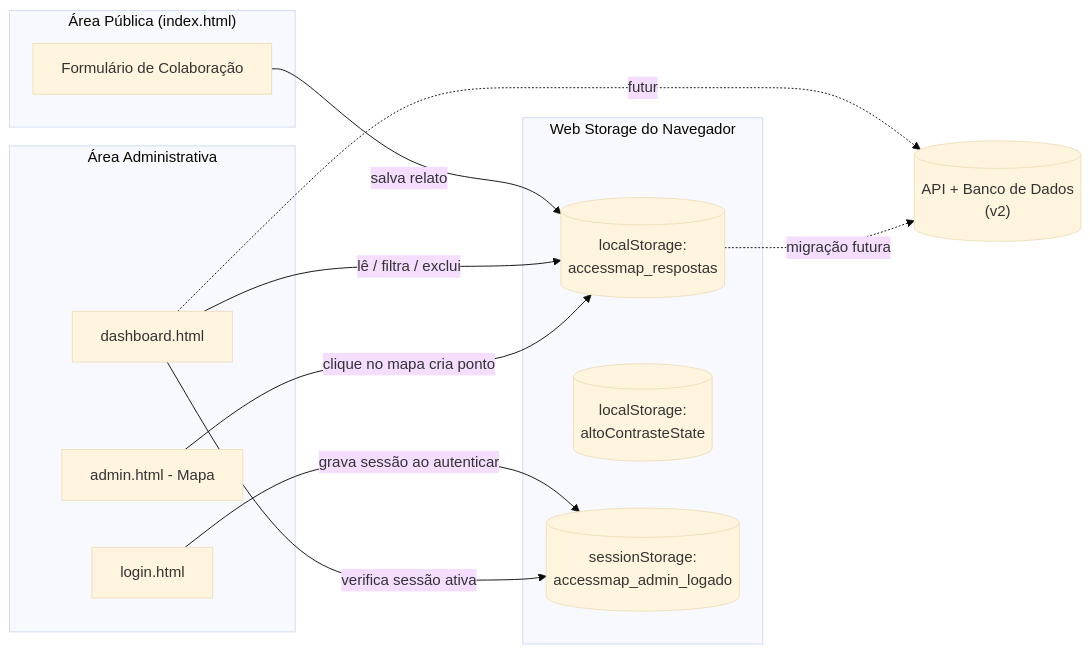
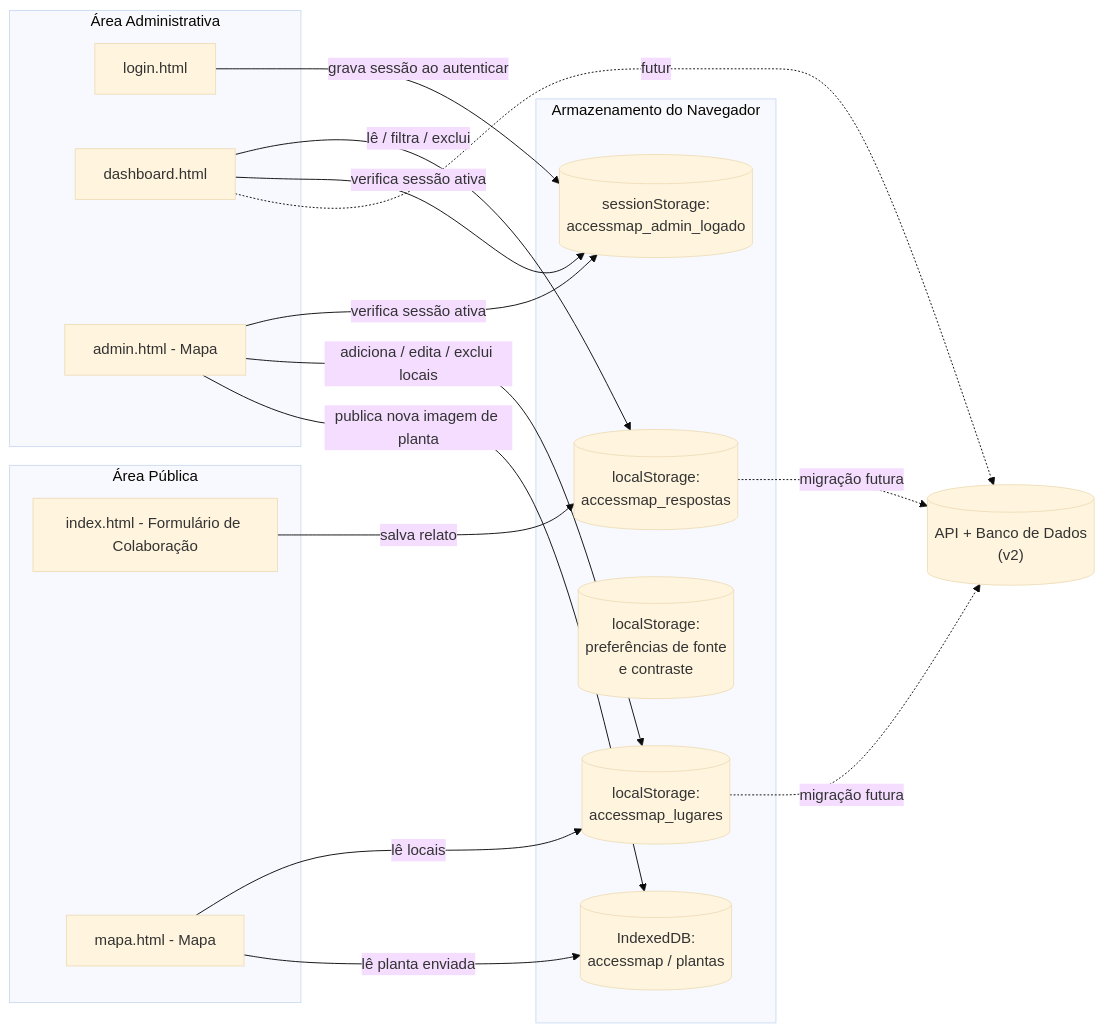
One commit to m4halic3/accessmap-ifsp changed the second of 2 diagrams in README.md. Above: the diagram before and after it, drawn with Mermaid (base theme). The commit also changed other lines of this file, not shown here.

First line of the commit message:
docs(readme): documenta mapa com ícones, plantas HD e melhorias de UX

````diff
--- a/README.md
+++ b/README.md
@@ -223,26 +251,34 @@
 ```mermaid
 flowchart LR
-    subgraph Publico["Área Pública (index.html)"]
-        F[Formulário de Colaboração]
+    subgraph Publico["Área Pública"]
+        F[index.html - Formulário de Colaboração]
+        M[mapa.html - Mapa]
     end
 
-    subgraph Armazenamento["Web Storage do Navegador"]
+    subgraph Armazenamento["Armazenamento do Navegador"]
         LS1[("localStorage:\naccessmap_respostas")]
-        LS2[("localStorage:\naltoContrasteState")]
+        LS3[("localStorage:\naccessmap_lugares")]
+        LS2[("localStorage:\npreferências de fonte\ne contraste")]
         SS1[("sessionStorage:\naccessmap_admin_logado")]
+        IDB[("IndexedDB:\naccessmap / plantas")]
     end
 
     subgraph Admin["Área Administrativa"]
         L[login.html]
         D[dashboard.html]
         A[admin.html - Mapa]
     end
 
     F -- "salva relato" --> LS1
     D -- "lê / filtra / exclui" --> LS1
     L -- "grava sessão ao autenticar" --> SS1
     D -- "verifica sessão ativa" --> SS1
-    A -- "clique no mapa cria ponto" --> LS1
+    A -- "verifica sessão ativa" --> SS1
+    A -- "adiciona / edita / exclui locais" --> LS3
+    A -- "publica nova imagem de planta" --> IDB
+    M -- "lê locais" --> LS3
+    M -- "lê planta enviada" --> IDB
     D -.futuro.-> API[("API + Banco de Dados\n(v2)")]
     LS1 -.migração futura.-> API
+    LS3 -.migração futura.-> API
 ```
````
